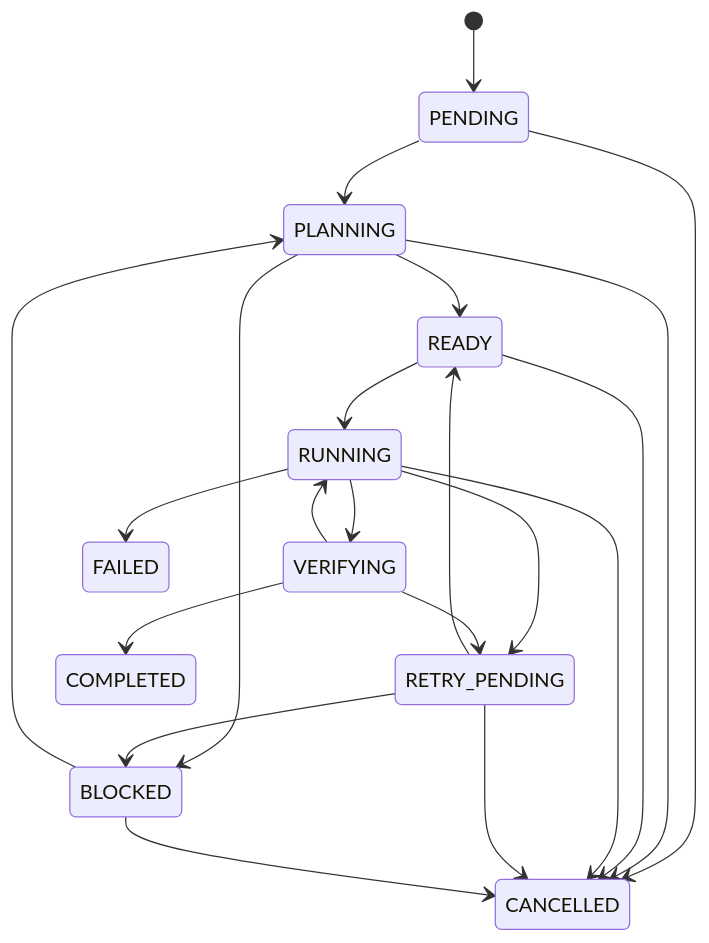
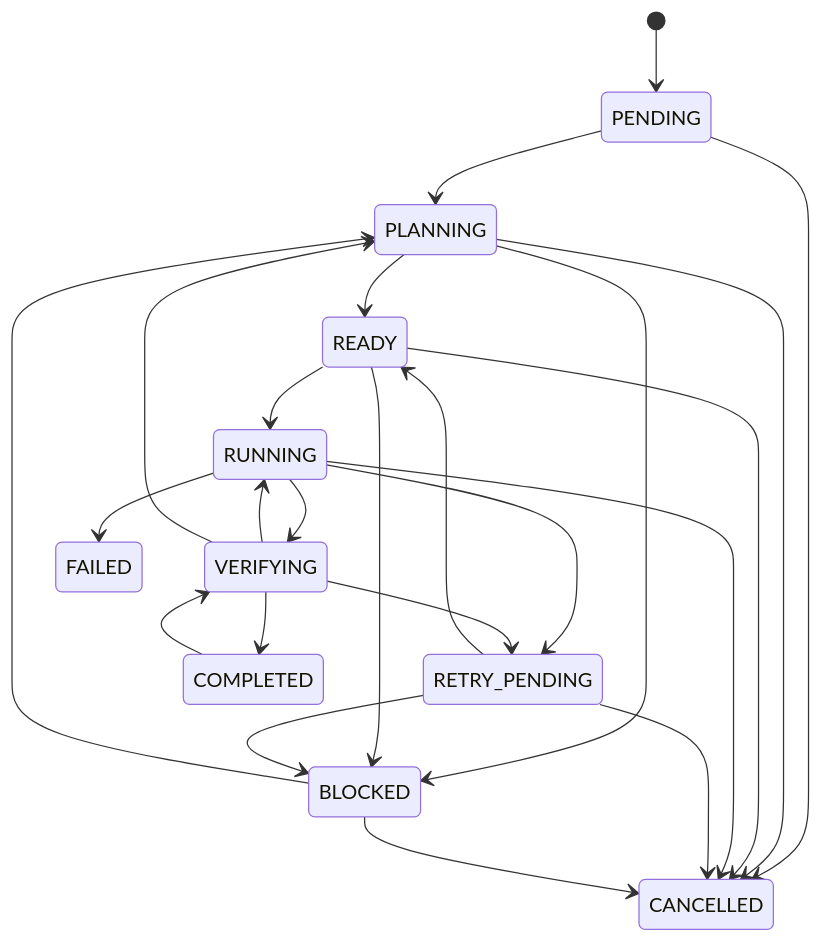
One commit to HidekiNishida/Callidus changed the diagram in docs/architecture/maquina-estados.md. Above: the diagram before and after it, drawn with Mermaid. The commit also changed 18 other files, not shown here.

````diff
--- a/docs/architecture/maquina-estados.md
+++ b/docs/architecture/maquina-estados.md
@@ -20,23 +20,26 @@
 ```mermaid
 stateDiagram-v2
   [*] --> PENDING
   PENDING --> PLANNING
   PLANNING --> READY
   PLANNING --> BLOCKED
   READY --> RUNNING
   RUNNING --> VERIFYING
   RUNNING --> RETRY_PENDING
   RUNNING --> FAILED
   VERIFYING --> COMPLETED
   VERIFYING --> RETRY_PENDING
   VERIFYING --> RUNNING
+  VERIFYING --> PLANNING
+  COMPLETED --> VERIFYING
+  READY --> BLOCKED
   RETRY_PENDING --> READY
   RETRY_PENDING --> BLOCKED
   PENDING --> CANCELLED
   PLANNING --> CANCELLED
   READY --> CANCELLED
   RUNNING --> CANCELLED
   RETRY_PENDING --> CANCELLED
   BLOCKED --> PLANNING
   BLOCKED --> CANCELLED
 ```
````
